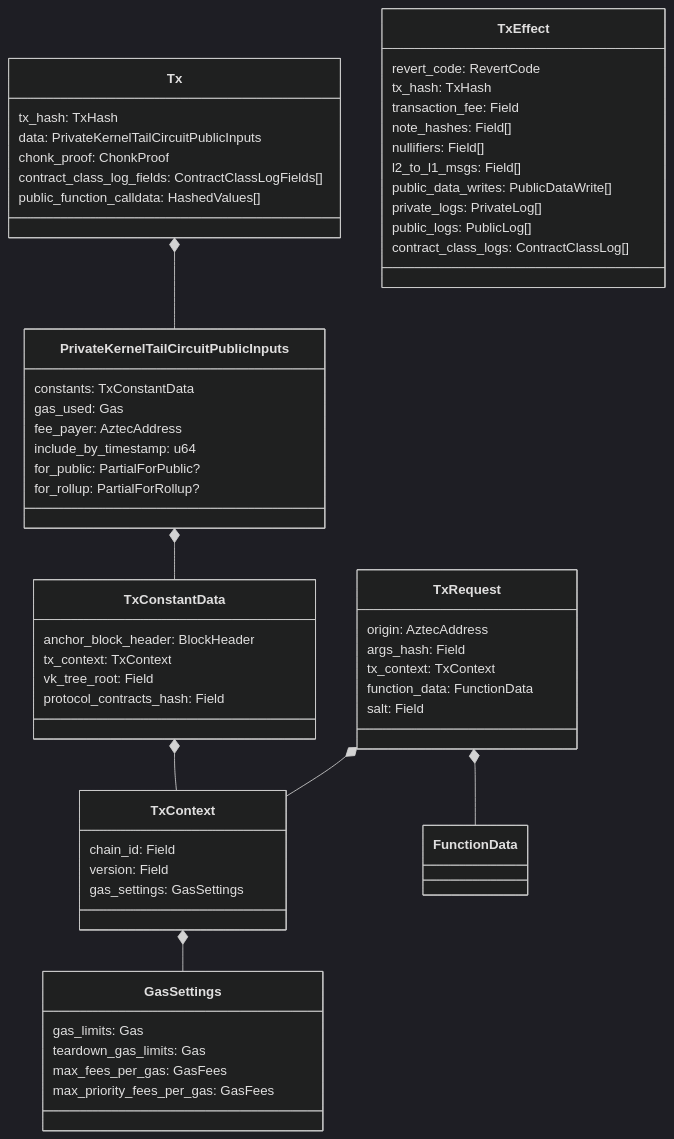
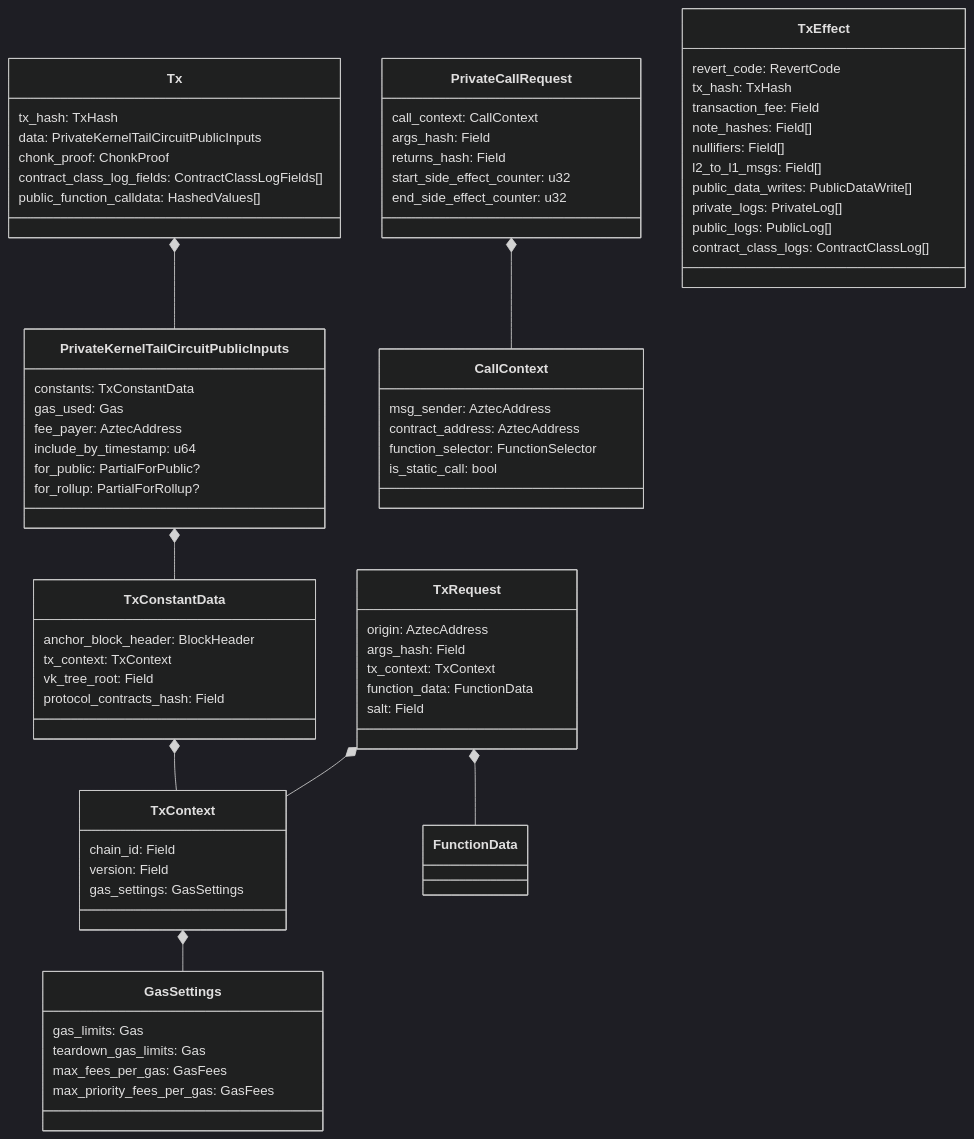
One commit to AztecProtocol/aztec-packages changed the third of 3 diagrams in specs/05-transactions.md. Above: the diagram before and after it, drawn with Mermaid (dark theme). The commit also changed other lines of this file and 6 other files, not shown here.

````diff
--- a/specs/05-transactions.md
+++ b/specs/05-transactions.md
@@ -601,6 +681,21 @@
         protocol_contracts_hash: Field
     }
 
+    class CallContext {
+        msg_sender: AztecAddress
+        contract_address: AztecAddress
+        function_selector: FunctionSelector
+        is_static_call: bool
+    }
+
+    class PrivateCallRequest {
+        call_context: CallContext
+        args_hash: Field
+        returns_hash: Field
+        start_side_effect_counter: u32
+        end_side_effect_counter: u32
+    }
+
     class TxEffect {
         revert_code: RevertCode
         tx_hash: TxHash
@@ -620,4 +715,5 @@
     TxContext *-- GasSettings
     TxRequest *-- TxContext
     TxRequest *-- FunctionData
+    PrivateCallRequest *-- CallContext
 ```
````
